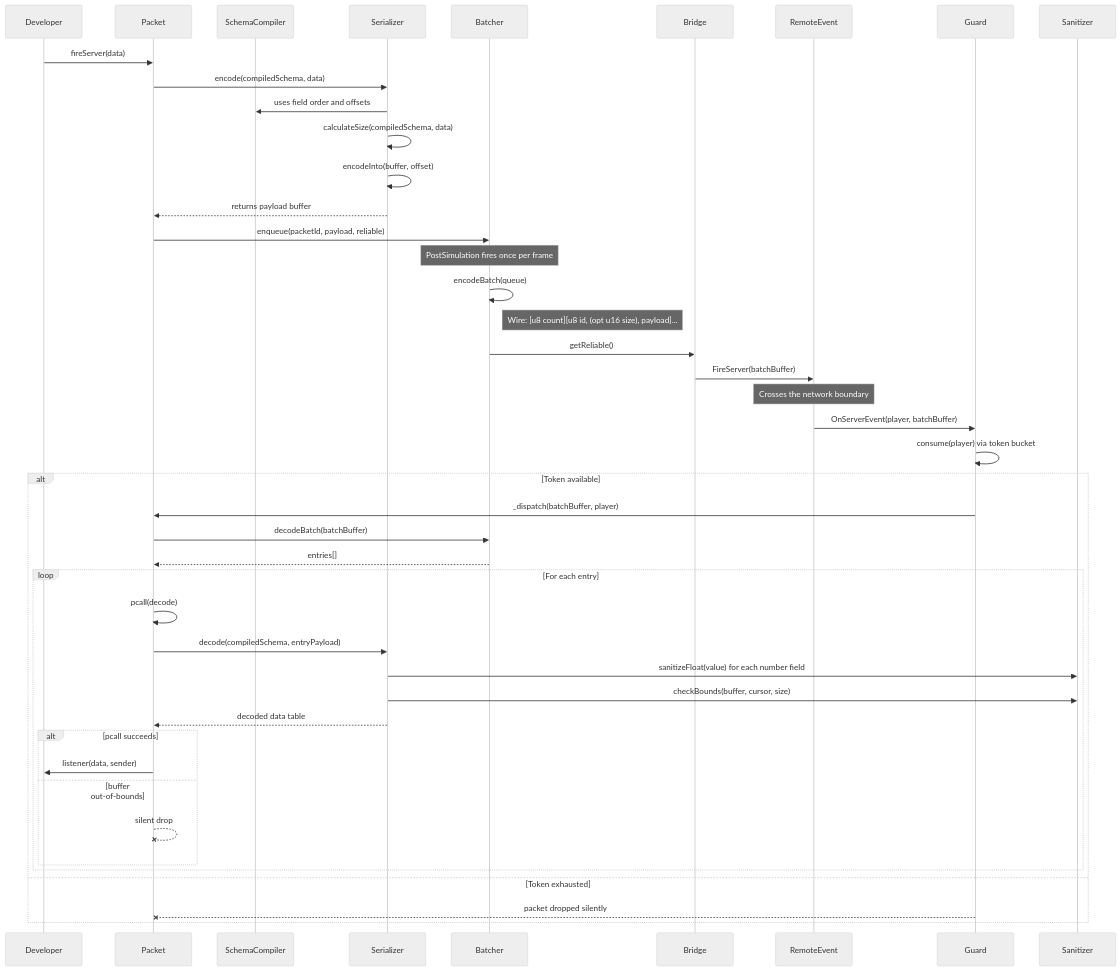
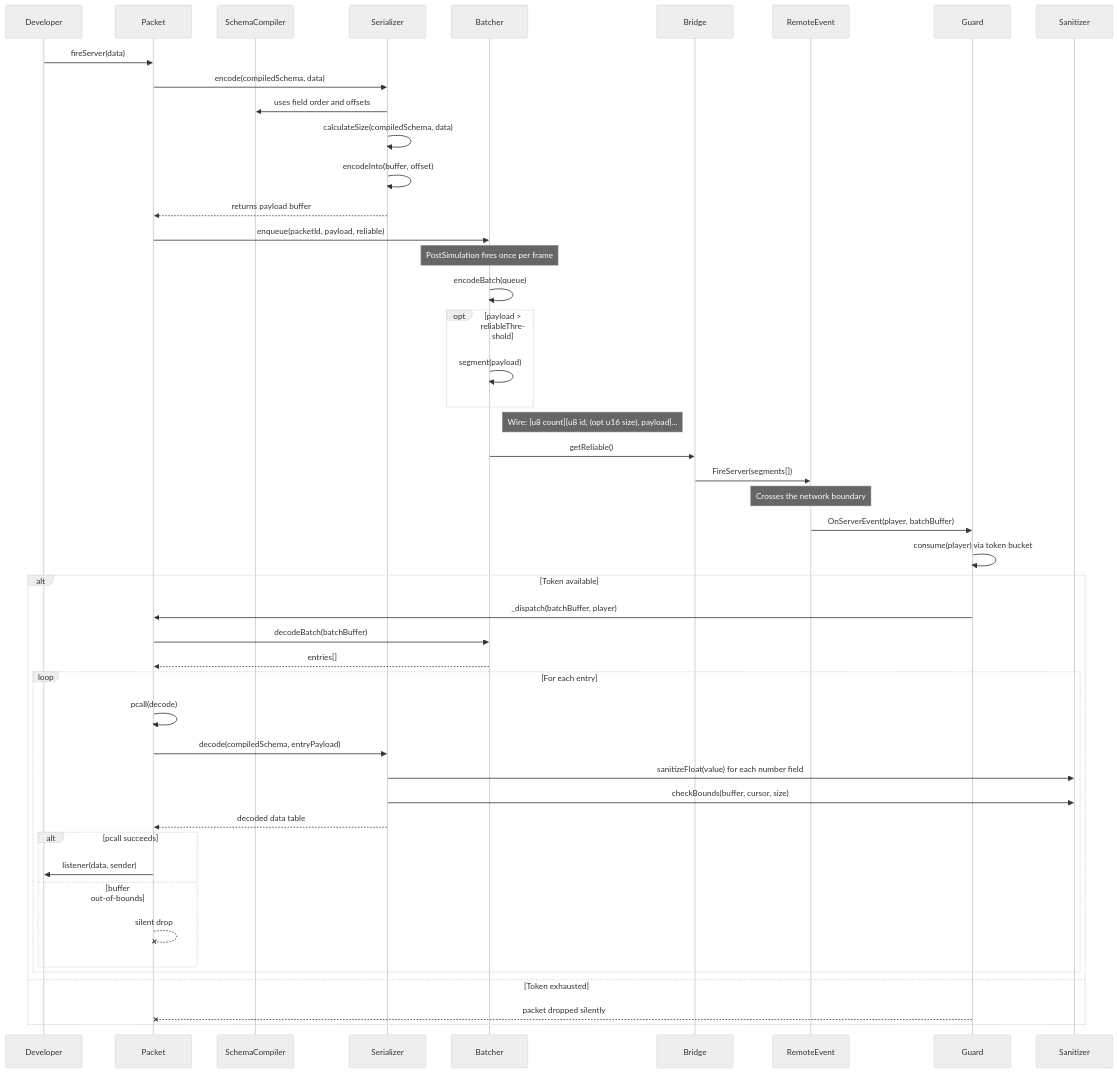
The first of 2 diagrams in docs/guide/architecture.md (protheeuz/satset), drawn with Mermaid (neutral theme) before and after one commit. The commit also changed other lines of this file and 3 other files, not shown here.

````diff
--- a/docs/guide/architecture.md
+++ b/docs/guide/architecture.md
@@ -22,52 +22,55 @@
 ```mermaid
 sequenceDiagram
     participant Dev as Developer
     participant PK as Packet
     participant SC as SchemaCompiler
     participant SR as Serializer
     participant BT as Batcher
     participant BR as Bridge
     participant RE as RemoteEvent
     participant GD as Guard
     participant SN as Sanitizer
 
     Dev->>PK: fireServer(data)
     PK->>SR: encode(compiledSchema, data)
     SR->>SC: uses field order and offsets
     SR->>SR: calculateSize(compiledSchema, data)
     SR->>SR: encodeInto(buffer, offset)
     SR-->>PK: returns payload buffer
 
     PK->>BT: enqueue(packetId, payload, reliable)
 
     Note over BT: PostSimulation fires once per frame
 
     BT->>BT: encodeBatch(queue)
+    opt payload > reliableThreshold
+        BT->>BT: segment(payload)
+    end
     Note right of BT: Wire: [u8 count][u8 id, (opt u16 size), payload]...
     BT->>BR: getReliable()
-    BR->>RE: FireServer(batchBuffer)
+    BR->>RE: FireServer(segments[])
 
     Note over RE: Crosses the network boundary
 
     RE->>GD: OnServerEvent(player, batchBuffer)
     GD->>GD: consume(player) via token bucket
     alt Token available
         GD->>PK: _dispatch(batchBuffer, player)
         PK->>BT: decodeBatch(batchBuffer)
         BT-->>PK: entries[]
         loop For each entry
             PK->>PK: pcall(decode)
             PK->>SR: decode(compiledSchema, entryPayload)
             SR->>SN: sanitizeFloat(value) for each number field
             SR->>SN: checkBounds(buffer, cursor, size)
             SR-->>PK: decoded data table
             alt pcall succeeds
                 PK->>Dev: listener(data, sender)
             else buffer out-of-bounds
                 PK--xPK: silent drop
             end
         end
     else Token exhausted
         GD--xPK: packet dropped silently
     end
 ```
````
